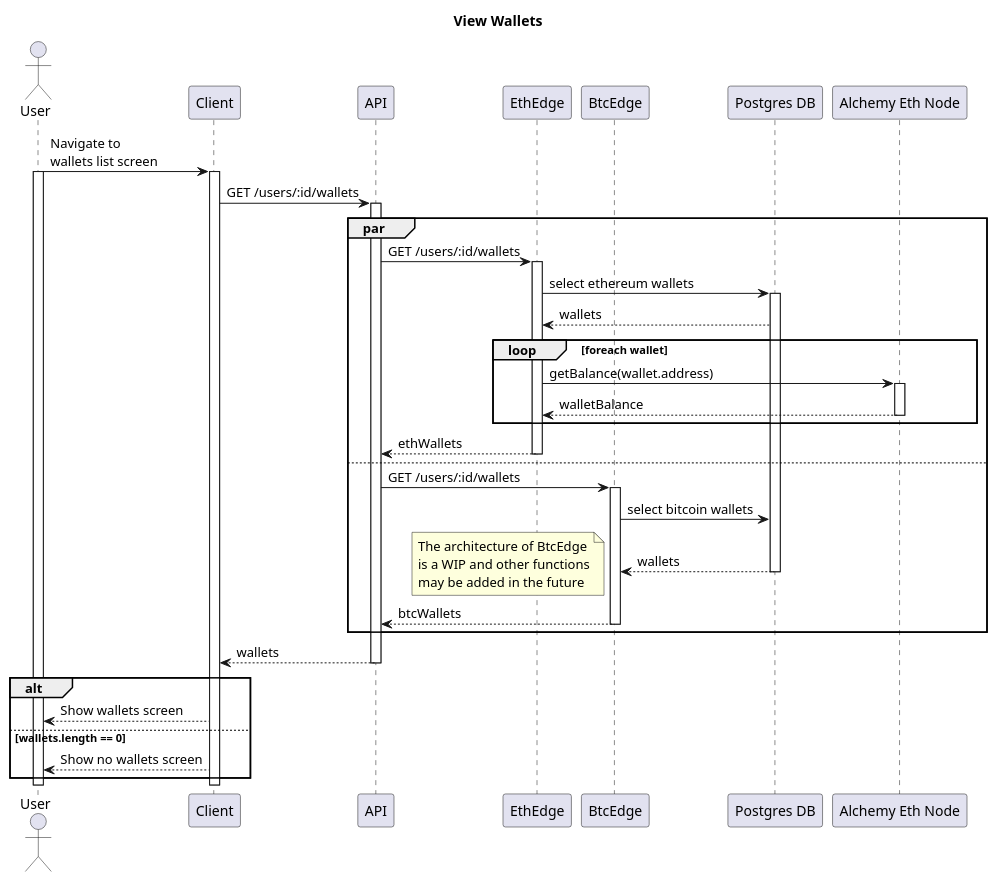
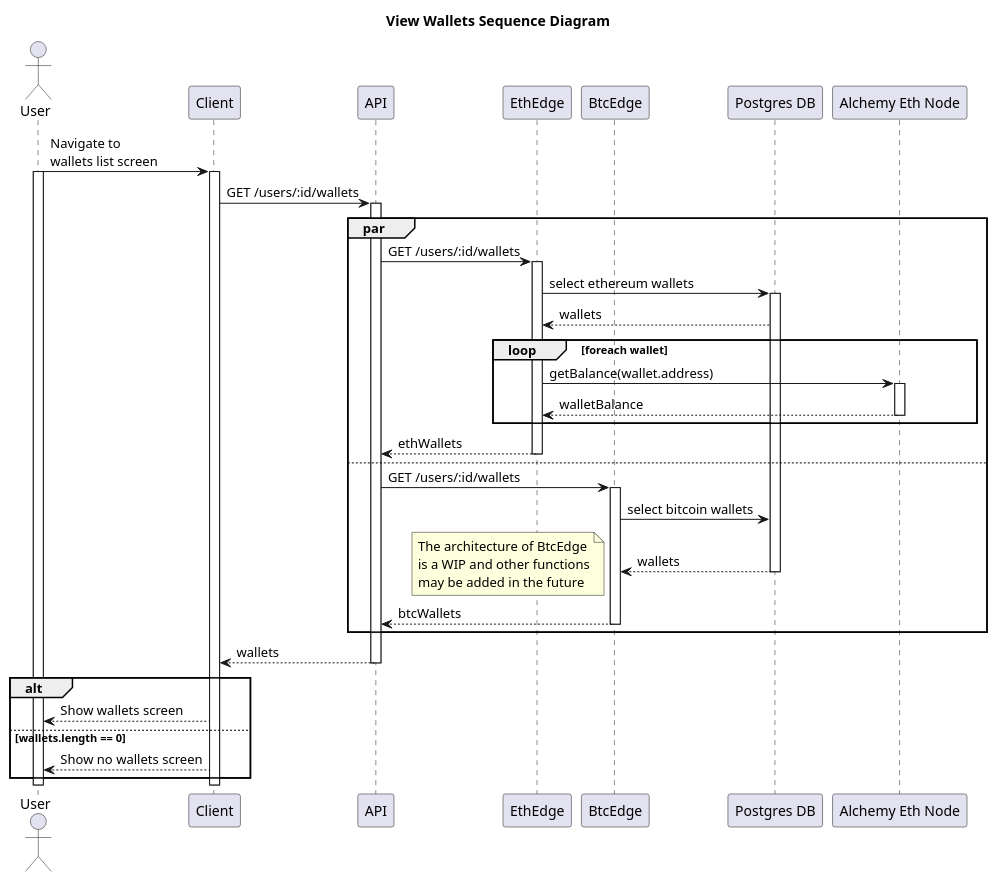
The diagram in packages/docs/diagrams/sequence_view_wallets.puml (SOEN-490-Capstone/Cryptify), drawn with PlantUML before and after one commit. The commit also changed 2 other files, not shown here.

Commit message:
Updated diagram titles

```diff
--- a/packages/docs/diagrams/sequence_view_wallets.puml
+++ b/packages/docs/diagrams/sequence_view_wallets.puml
@@ -1,57 +1,57 @@
 @startuml
 
-title View Wallets
+title View Wallets Sequence Diagram
 
 actor User
 participant Client
 participant API
 participant EthEdge
 participant BtcEdge
 participant "Postgres DB"
 participant "Alchemy Eth Node"
 
 User -> Client: Navigate to\nwallets list screen
 activate User
 activate Client
 Client -> API: GET /users/:id/wallets
 activate API
 
 par
     API -> EthEdge: GET /users/:id/wallets
     activate EthEdge
     EthEdge -> "Postgres DB": select ethereum wallets
     activate "Postgres DB"
     "Postgres DB" --> EthEdge: wallets
 
     loop foreach wallet
         EthEdge -> "Alchemy Eth Node": getBalance(wallet.address)
         activate "Alchemy Eth Node"
         "Alchemy Eth Node" --> EthEdge: walletBalance
         deactivate "Alchemy Eth Node"
     end
 
     EthEdge --> API: ethWallets
     deactivate EthEdge
 else
     API -> BtcEdge: GET /users/:id/wallets
     activate BtcEdge
     BtcEdge -> "Postgres DB": select bitcoin wallets
     "Postgres DB" --> BtcEdge: wallets
     deactivate "Postgres DB"
     note left: The architecture of BtcEdge\nis a WIP and other functions\nmay be added in the future
 
     BtcEdge --> API: btcWallets
     deactivate BtcEdge
 end
 
 API --> Client: wallets
 deactivate API
 alt
     Client --> User: Show wallets screen
 else wallets.length == 0
     Client --> User: Show no wallets screen
 end
 deactivate Client
 deactivate User
 
 @enduml
```
